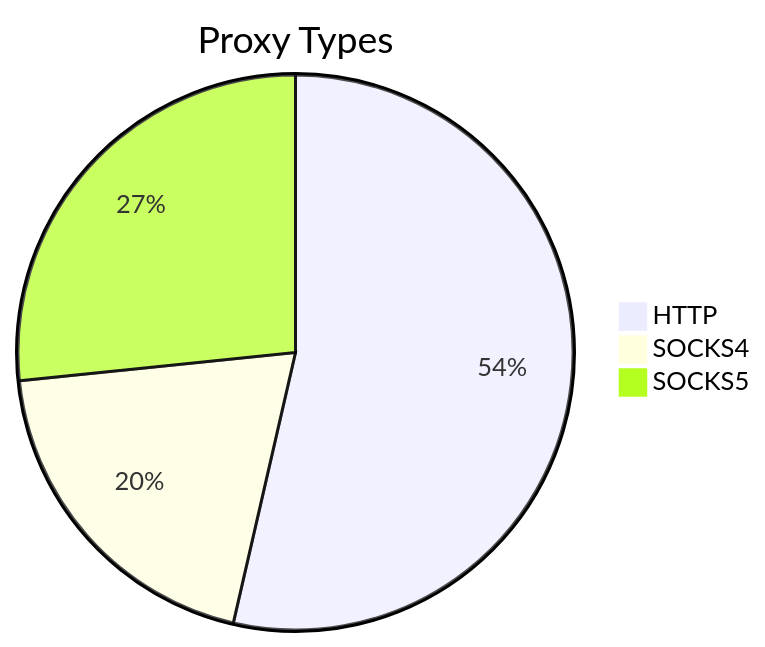
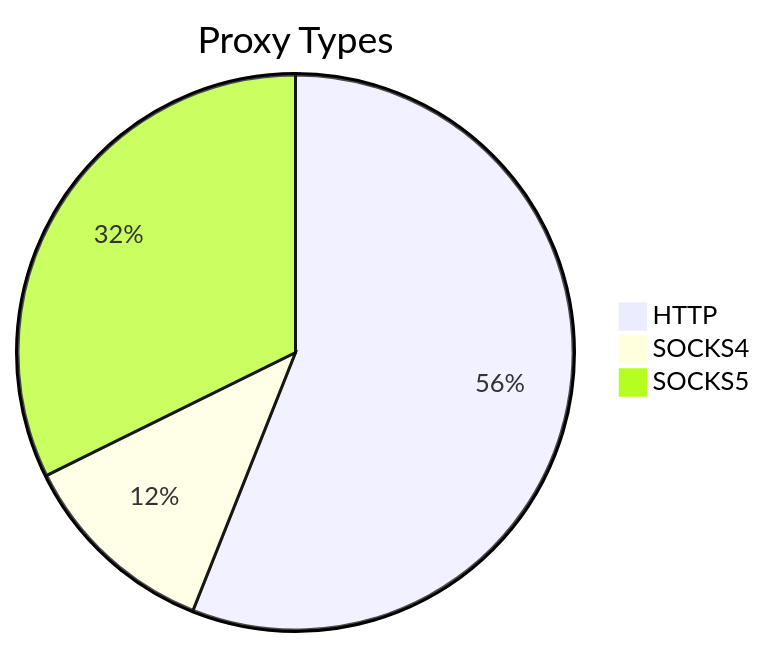
One commit to stormsia/proxy-list changed the first of 2 diagrams in README.md. Above: the diagram before and after it, drawn with Mermaid. The commit also changed other lines of this file, not shown here.

````diff
--- a/README.md
+++ b/README.md
@@ -21,6 +21,6 @@
 ```mermaid
 pie title Proxy Types
-    "HTTP" : 626
-    "SOCKS4" : 231
-    "SOCKS5" : 311
+    "HTTP" : 470
+    "SOCKS4" : 98
+    "SOCKS5" : 271
 ```
````
